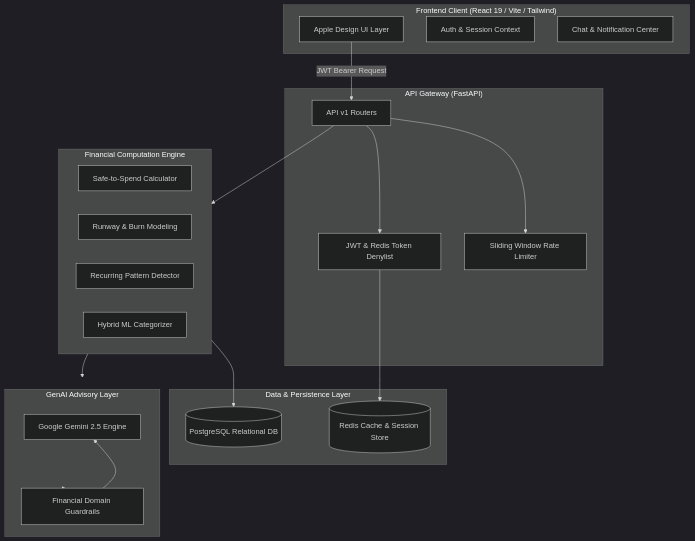
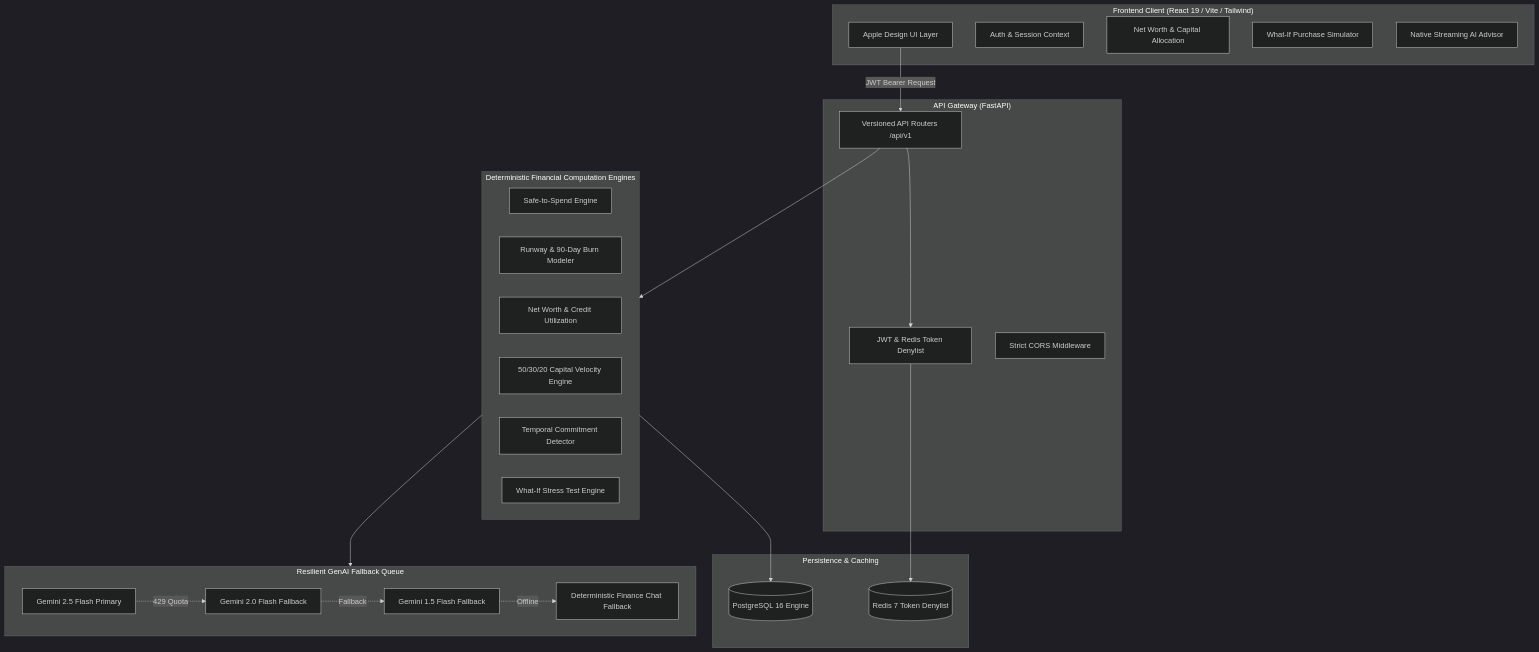
Before and after one commit to sanskritig007/Finpilot: the diagram in README.md, drawn with Mermaid (dark theme). The commit also changed other lines of this file, not shown here.

````diff
--- a/README.md
+++ b/README.md
@@ -38,41 +51,47 @@
 ```mermaid
 flowchart TB
     subgraph Client["Frontend Client (React 19 / Vite / Tailwind)"]
         UI[Apple Design UI Layer]
         State[Auth & Session Context]
-        WS[Chat & Notification Center]
+        Cards[Net Worth & Capital Allocation]
+        Sim[What-If Purchase Simulator]
+        Chat[Native Streaming AI Advisor]
     end
 
     subgraph Gateway["API Gateway (FastAPI)"]
-        Router[API v1 Routers]
+        Router[Versioned API Routers /api/v1]
         AuthGuard[JWT & Redis Token Denylist]
-        RateLimiter[Sliding Window Rate Limiter]
+        CORS[Strict CORS Middleware]
     end
 
-    subgraph CoreEngine["Financial Computation Engine"]
-        SafeSpend["Safe-to-Spend Calculator"]
-        Runway["Runway & Burn Modeling"]
-        Detector["Recurring Pattern Detector"]
-        Categorizer["Hybrid ML Categorizer"]
+    subgraph CoreEngine["Deterministic Financial Computation Engines"]
+        SafeSpend["Safe-to-Spend Engine"]
+        Runway["Runway & 90-Day Burn Modeler"]
+        NetWorth["Net Worth & Credit Utilization"]
+        Alloc["50/30/20 Capital Velocity Engine"]
+        Detector["Temporal Commitment Detector"]
+        WhatIf["What-If Stress Test Engine"]
     end
 
-    subgraph DataStore["Data & Persistence Layer"]
-        PG[(PostgreSQL Relational DB)]
-        Redis[(Redis Cache & Session Store)]
+    subgraph DataStore["Persistence & Caching"]
+        PG[(PostgreSQL 16 Engine)]
+        Redis[(Redis 7 Token Denylist)]
     end
 
-    subgraph AI["GenAI Advisory Layer"]
-        Gemini["Google Gemini 2.5 Engine"]
-        Guardrails["Financial Domain Guardrails"]
+    subgraph AI["Resilient GenAI Fallback Queue"]
+        G25[Gemini 2.5 Flash Primary]
+        G20[Gemini 2.0 Flash Fallback]
+        G15[Gemini 1.5 Flash Fallback]
+        Local[Deterministic Finance Chat Fallback]
     end
 
     UI -->|JWT Bearer Request| Router
     Router --> AuthGuard
     AuthGuard --> Redis
-    Router --> RateLimiter
     Router --> CoreEngine
     CoreEngine --> PG
     CoreEngine --> AI
-    AI --> Guardrails
-    Guardrails --> Gemini
+    G25 -.->|429 Quota| G20
+    G20 -.->|Fallback| G15
+    G15 -.->|Offline| Local
 ```
````
